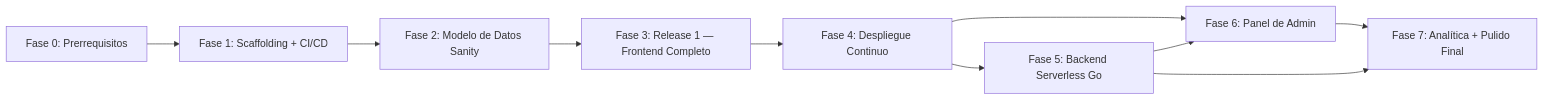
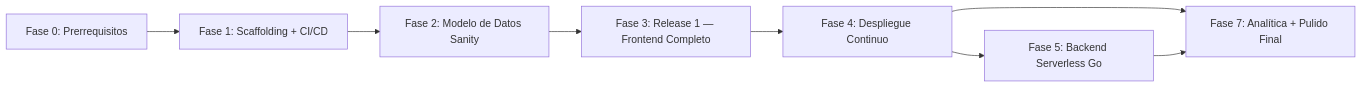
The diagram in docs/implementationPlan.md (Jose-Pablo-Martinez/lectorPobre-catalog), drawn with Mermaid before and after one commit. The commit also changed other lines of this file and 10 other files, not shown here.

````diff
--- a/docs/implementationPlan.md
+++ b/docs/implementationPlan.md
@@ -2037,12 +1919,10 @@
 ```mermaid
 graph LR
     F0[Fase 0: Prerrequisitos] --> F1[Fase 1: Scaffolding + CI/CD]
     F1 --> F2[Fase 2: Modelo de Datos Sanity]
     F2 --> F3[Fase 3: Release 1 — Frontend Completo]
     F3 --> F4[Fase 4: Despliegue Continuo]
     F4 --> F5[Fase 5: Backend Serverless Go]
-    F4 --> F6[Fase 6: Panel de Admin]
-    F5 --> F6
-    F6 --> F7[Fase 7: Analítica + Pulido Final]
+    F4 --> F7[Fase 7: Analítica + Pulido Final]
     F5 --> F7
 ```
````
